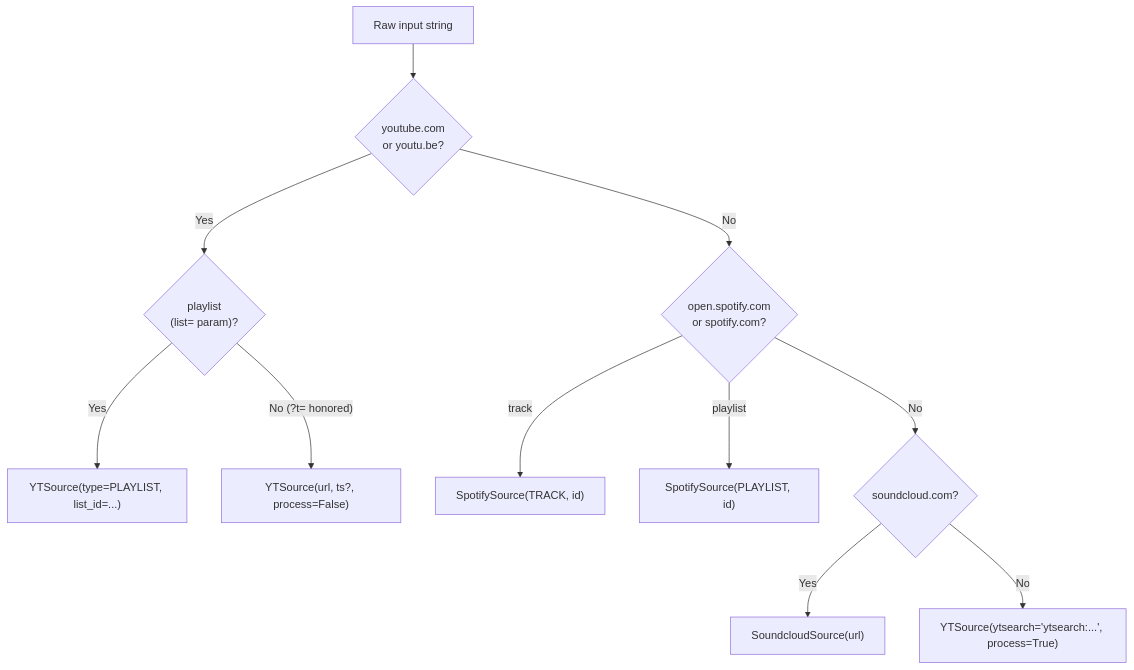
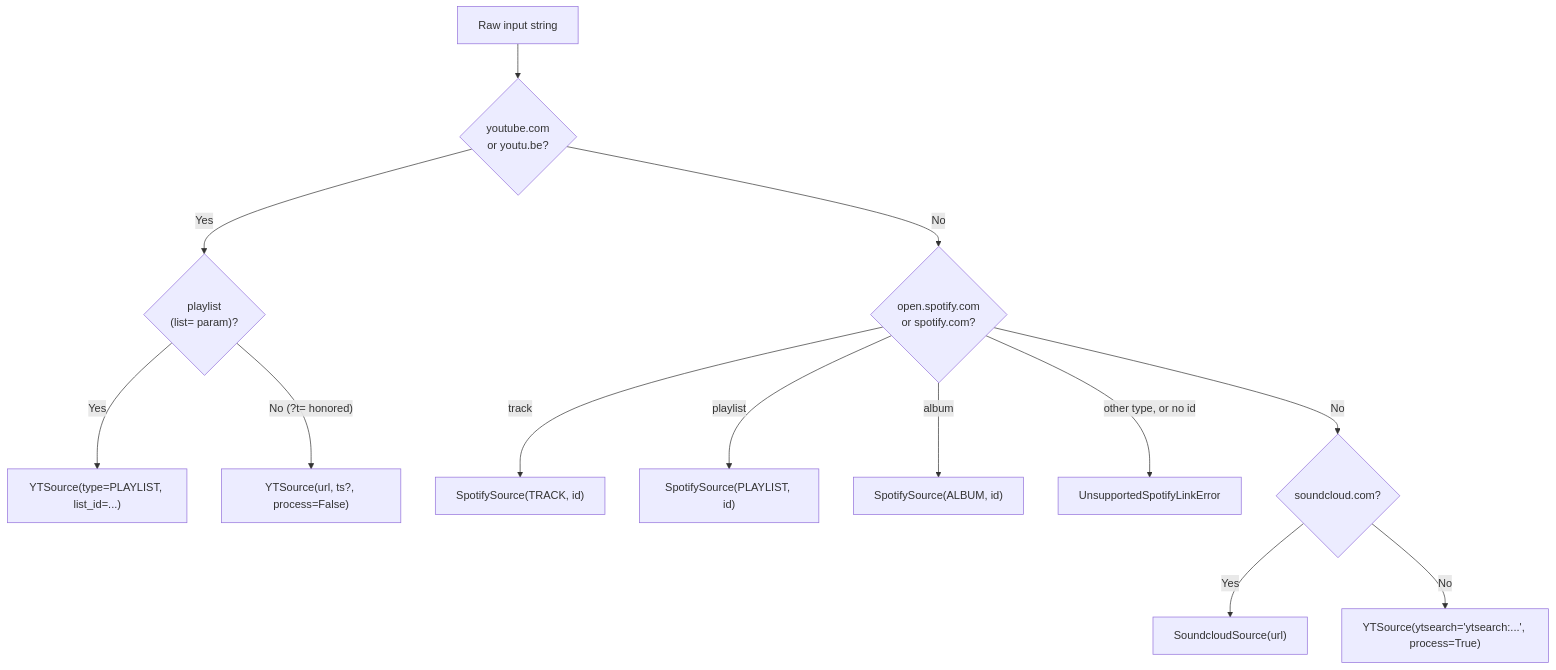
One commit to kawadeomkar/discord-music-bot changed the eighth of 15 diagrams in docs/ARCHITECTURE.md. Above: the diagram before and after it, drawn with Mermaid. The commit also changed other lines of this file and 3 other files, not shown here.

````diff
--- a/docs/ARCHITECTURE.md
+++ b/docs/ARCHITECTURE.md
@@ -645,20 +647,22 @@
 ```mermaid
 flowchart TD
     Input["Raw input string"]
     IsYT{"youtube.com\nor youtu.be?"}
     IsPL{"playlist\n(list= param)?"}
     IsSP{"open.spotify.com\nor spotify.com?"}
     IsSC{"soundcloud.com?"}
 
     Input --> IsYT
     IsYT -->|Yes| IsPL
     IsPL -->|Yes| YTPL["YTSource(type=PLAYLIST, list_id=...)"]
     IsPL -->|"No (?t= honored)"| YTS["YTSource(url, ts?, process=False)"]
 
     IsYT -->|No| IsSP
     IsSP -->|track| SPS_T["SpotifySource(TRACK, id)"]
     IsSP -->|playlist| SPS_P["SpotifySource(PLAYLIST, id)"]
+    IsSP -->|album| SPS_A["SpotifySource(ALBUM, id)"]
+    IsSP -->|"other type, or no id"| SPX["UnsupportedSpotifyLinkError"]
     IsSP -->|No| IsSC
     IsSC -->|Yes| SC["SoundcloudSource(url)"]
     IsSC -->|No| YTS_S["YTSource(ytsearch='ytsearch:...', process=True)"]
 ```
````
